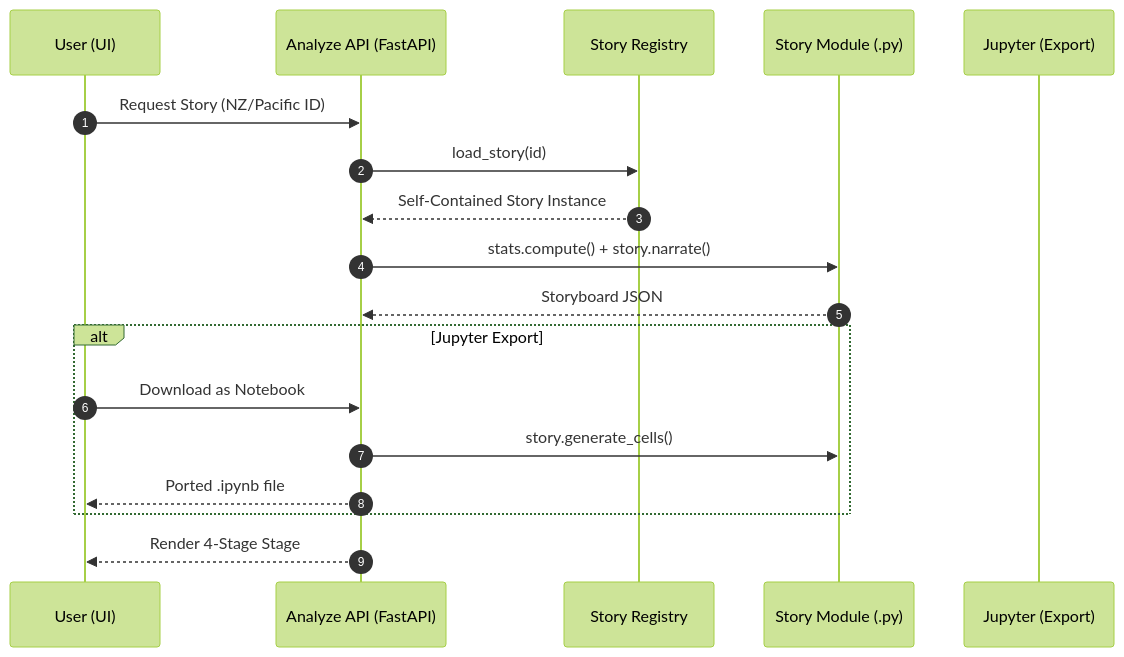
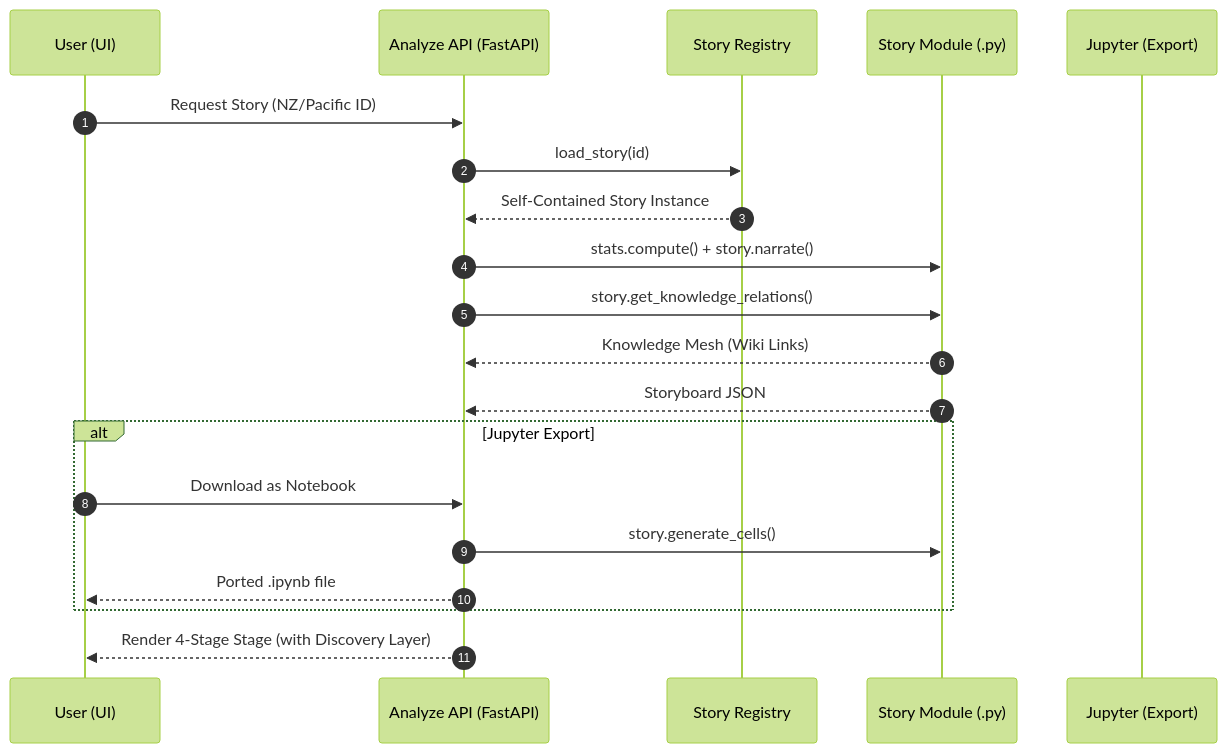
The second of 2 diagrams in docs/rendering_pipeline.md (rvishravars/datum-ex-machina), drawn with Mermaid (forest theme) before and after one commit. The commit also changed other lines of this file and 2 other files, not shown here.

Commit message:
docs: finalize knowledge discovery lld, readme, and developer guides

````diff
--- a/docs/rendering_pipeline.md
+++ b/docs/rendering_pipeline.md
@@ -35,25 +37,28 @@
 ```mermaid
 sequenceDiagram
     autonumber
     participant U as User (UI)
     participant A as Analyze API (FastAPI)
     participant R as Story Registry
     participant SM as Story Module (.py)
     participant J as Jupyter (Export)
 
     U->>A: Request Story (NZ/Pacific ID)
     
     A->>R: load_story(id)
     R-->>A: Self-Contained Story Instance
     
-    A->>SM: stats.compute() + story.narrate()
+    A->>SM: stats.compute() + story.narrate() 
+    A->>SM: story.get_knowledge_relations()
+    SM-->>A: Knowledge Mesh (Wiki Links)
+    
     SM-->>A: Storyboard JSON
     
     alt Jupyter Export
         U->>A: Download as Notebook
         A->>SM: story.generate_cells()
         A-->>U: Ported .ipynb file
     end
 
-    A-->>U: Render 4-Stage Stage
+    A-->>U: Render 4-Stage Stage (with Discovery Layer)
 ```
````
